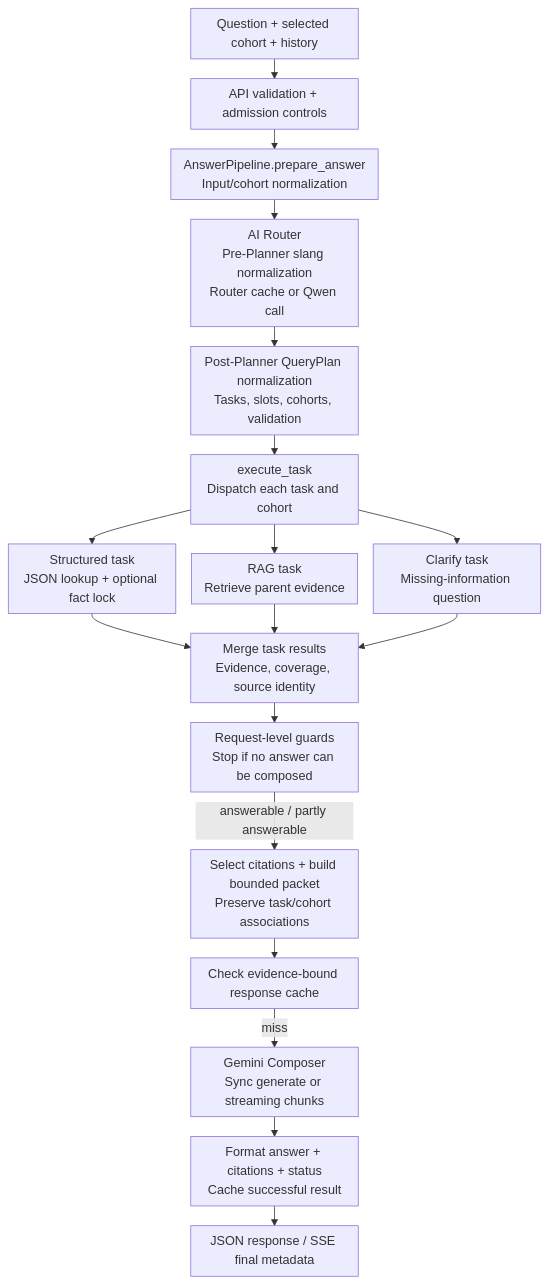
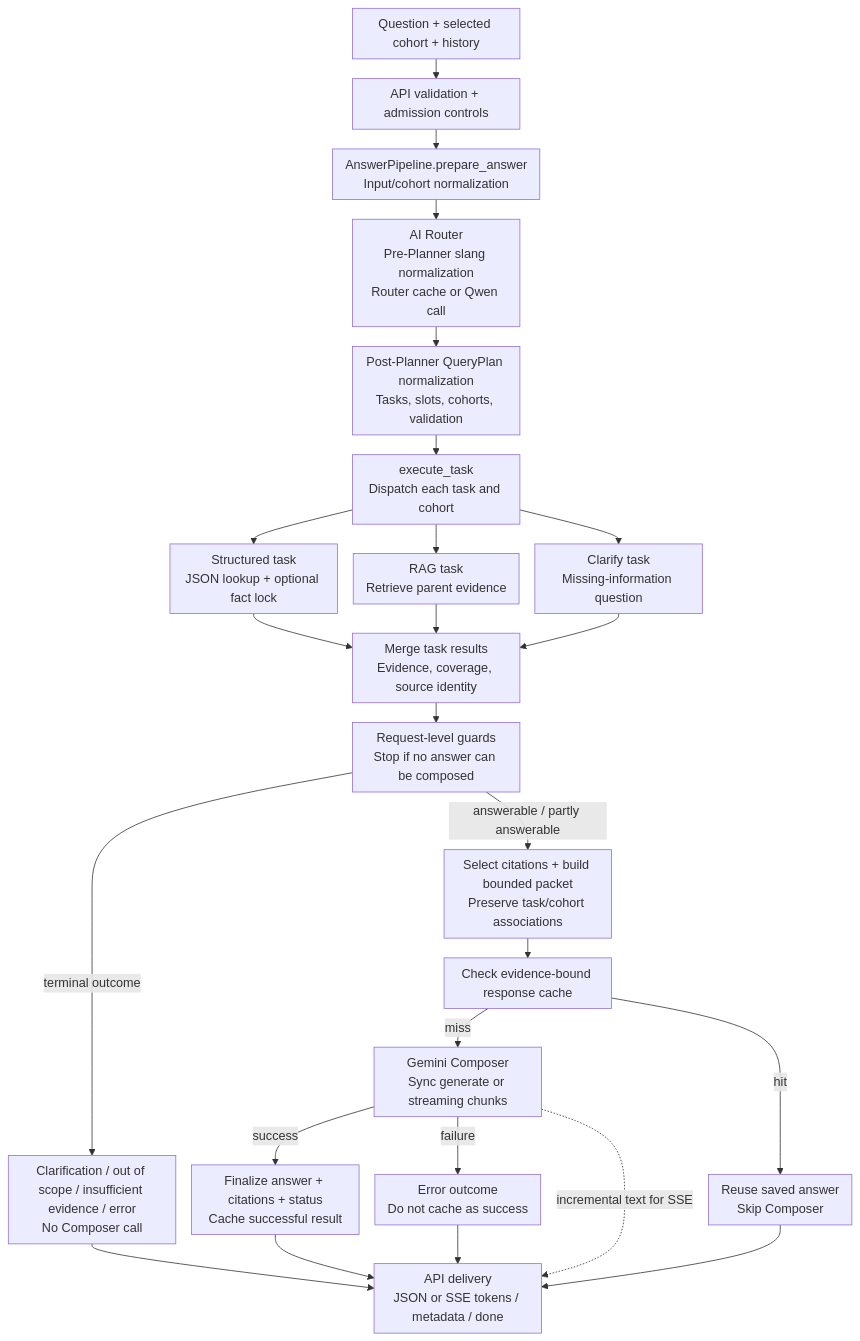
The second of 5 diagrams in README.md (AnhPhiNe/student-handbook-rag-chatbot), drawn with Mermaid before and after one commit. The commit also changed other lines of this file, not shown here.

Commit message:
docs: clarify pipeline diagrams and evidence flow

```diff
--- a/README.md
+++ b/README.md
@@ -208,21 +218,28 @@
 ~~~mermaid
 %%{init: {"flowchart": {"wrappingWidth": 180, "nodeSpacing": 20, "rankSpacing": 25, "padding": 8}}}%%
 flowchart TD
     Input["Question + selected cohort + history"] --> API["API validation + admission controls"]
     API --> Prepare["AnswerPipeline.prepare_answer<br/>Input/cohort normalization"]
     Prepare --> Planner["AI Router<br/>Pre-Planner slang normalization<br/>Router cache or Qwen call"]
     Planner --> Normalize["Post-Planner QueryPlan normalization<br/>Tasks, slots, cohorts, validation"]
     Normalize --> Execute["execute_task<br/>Dispatch each task and cohort"]
     Execute --> Structured["Structured task<br/>JSON lookup + optional fact lock"]
     Execute --> RAG["RAG task<br/>Retrieve parent evidence"]
     Execute --> Clarify["Clarify task<br/>Missing-information question"]
     Structured --> Merge["Merge task results<br/>Evidence, coverage, source identity"]
     RAG --> Merge
     Clarify --> Merge
     Merge --> Guard["Request-level guards<br/>Stop if no answer can be composed"]
+    Guard -->|terminal outcome| Terminal["Clarification / out of scope / insufficient evidence / error<br/>No Composer call"]
     Guard -->|answerable / partly answerable| Packet["Select citations + build bounded packet<br/>Preserve task/cohort associations"]
     Packet --> Cache["Check evidence-bound response cache"]
     Cache -->|miss| Compose["Gemini Composer<br/>Sync generate or streaming chunks"]
-    Compose --> Final["Format answer + citations + status<br/>Cache successful result"]
-    Final --> Output["JSON response / SSE final metadata"]
+    Cache -->|hit| Reuse["Reuse saved answer<br/>Skip Composer"]
+    Compose -->|success| Final["Finalize answer + citations + status<br/>Cache successful result"]
+    Compose -->|failure| Failure["Error outcome<br/>Do not cache as success"]
+    Compose -. incremental text for SSE .-> Output["API delivery<br/>JSON or SSE tokens / metadata / done"]
+    Final --> Output
+    Terminal --> Output
+    Reuse --> Output
+    Failure --> Output
 ~~~
```
